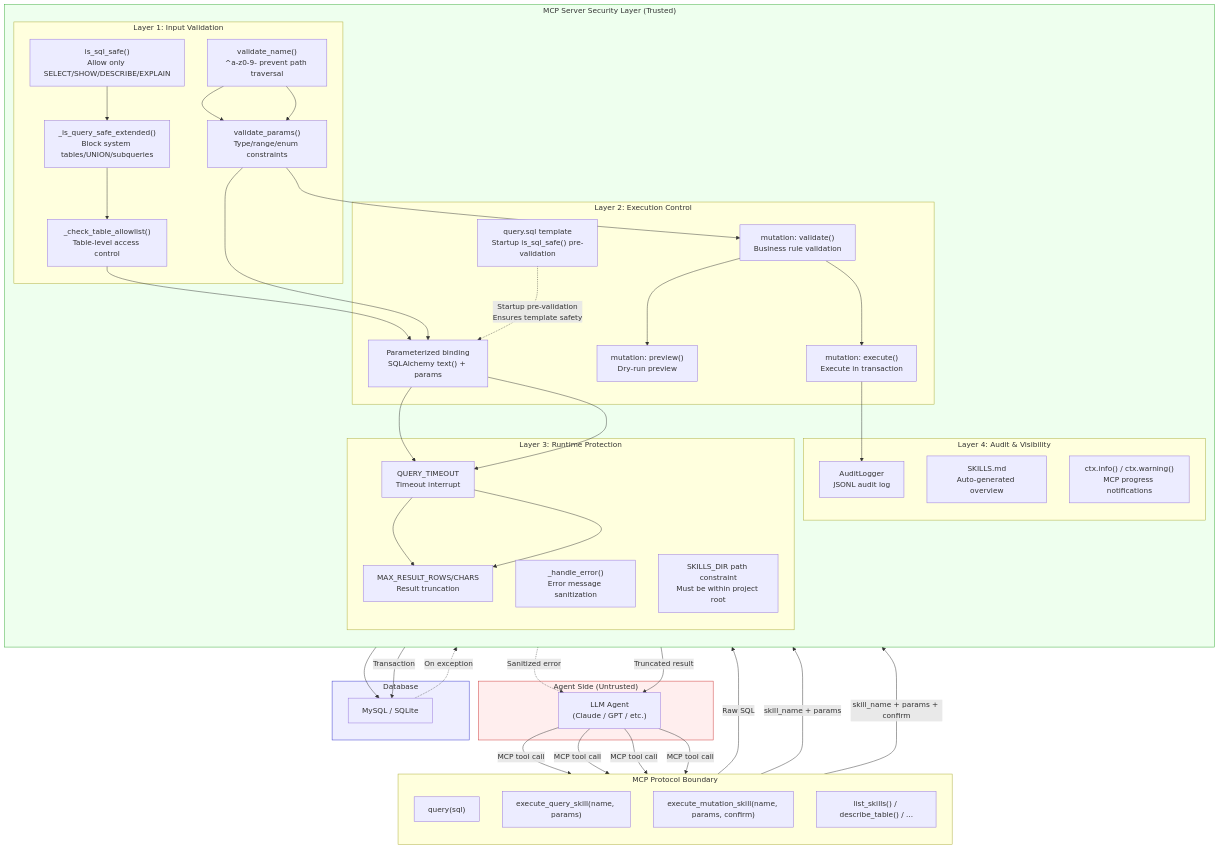
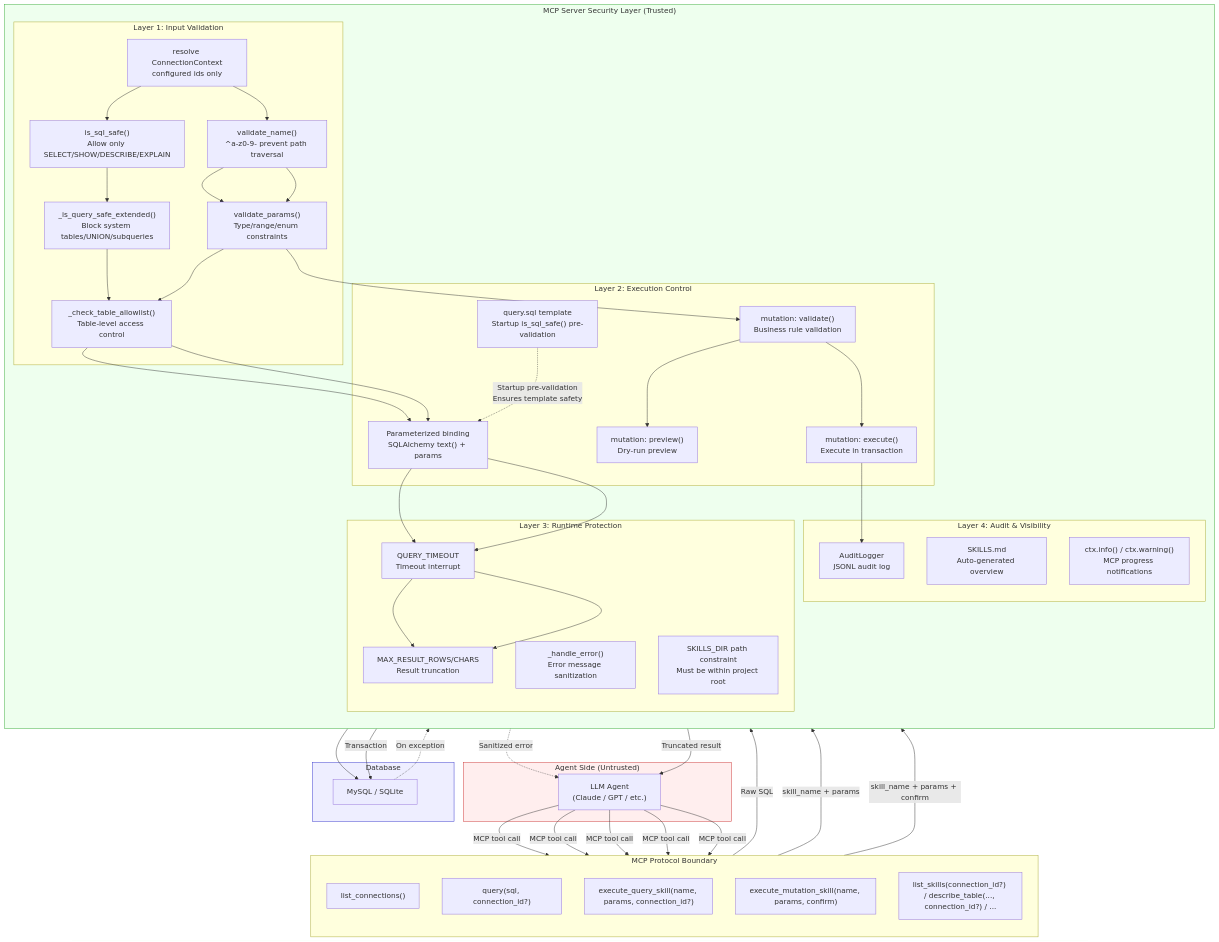
Before and after one commit to Firstmeridian/llm-sql-safety-executor-mcp: the seventh of 9 diagrams in MCP_AGENTS_SKILLS_DESIGN.md, drawn with Mermaid. The commit also changed other lines of this file and 38 other files, not shown here.

````diff
--- a/MCP_AGENTS_SKILLS_DESIGN.md
+++ b/MCP_AGENTS_SKILLS_DESIGN.md
@@ -485,70 +508,72 @@
 ```mermaid
 flowchart TB
     subgraph Agent["Agent Side (Untrusted)"]
         A1["LLM Agent<br/>(Claude / GPT / etc.)"]
     end
 
     subgraph MCP["MCP Protocol Boundary"]
         direction TB
-        T1["query(sql)"]
-        T2["execute_query_skill(name, params)"]
+      T0["list_connections()"]
+      T1["query(sql, connection_id?)"]
+      T2["execute_query_skill(name, params, connection_id?)"]
         T3["execute_mutation_skill(name, params, confirm)"]
-        T4["list_skills() / describe_table() / ..."]
+      T4["list_skills(connection_id?) / describe_table(..., connection_id?) / ..."]
     end
 
     subgraph Server["MCP Server Security Layer (Trusted)"]
         direction TB
 
         subgraph S1["Layer 1: Input Validation"]
+          V0["resolve ConnectionContext<br/>configured ids only"]
             V1["is_sql_safe()<br/>Allow only SELECT/SHOW/DESCRIBE/EXPLAIN"]
             V2["_is_query_safe_extended()<br/>Block system tables/UNION/subqueries"]
             V3["_check_table_allowlist()<br/>Table-level access control"]
             V4["validate_name()<br/>^a-z0-9- prevent path traversal"]
             V5["validate_params()<br/>Type/range/enum constraints"]
         end
 
         subgraph S2["Layer 2: Execution Control"]
             E1["query.sql template<br/>Startup is_sql_safe() pre-validation"]
             E2["Parameterized binding<br/>SQLAlchemy text() + params"]
             E3["mutation: validate()<br/>Business rule validation"]
             E4["mutation: preview()<br/>Dry-run preview"]
             E5["mutation: execute()<br/>Execute in transaction"]
         end
 
         subgraph S3["Layer 3: Runtime Protection"]
             R1["QUERY_TIMEOUT<br/>Timeout interrupt"]
             R2["MAX_RESULT_ROWS/CHARS<br/>Result truncation"]
             R3["_handle_error()<br/>Error message sanitization"]
             R4["SKILLS_DIR path constraint<br/>Must be within project root"]
         end
 
         subgraph S4["Layer 4: Audit & Visibility"]
             AU1["AuditLogger<br/>JSONL audit log"]
             AU2["SKILLS.md<br/>Auto-generated overview"]
             AU3["ctx.info() / ctx.warning()<br/>MCP progress notifications"]
         end
     end
 
     subgraph DB["Database"]
         DB1["MySQL / SQLite"]
     end
 
-    A1 -->|"MCP tool call"| T1 & T2 & T3 & T4
+    A1 -->|"MCP tool call"| T0 & T1 & T2 & T3 & T4
 
-    T1 -->|"Raw SQL"| V1 --> V2 --> V3 --> E2 --> R1 --> R2
-    T2 -->|"skill_name + params"| V4 --> V5 --> E2 --> R1 --> R2
+    T1 -->|"Raw SQL"| V0 --> V1 --> V2 --> V3 --> E2 --> R1 --> R2
+    T2 -->|"skill_name + params"| V0 --> V4 --> V5 --> V3 --> E2 --> R1 --> R2
     E1 -.->|"Startup pre-validation<br/>Ensures template safety"| E2
     T3 -->|"skill_name + params + confirm"| V4 --> V5 --> E3 --> E4 & E5
 
     E2 --> DB1
     E5 -->|"Transaction"| DB1
     E5 --> AU1
 
     DB1 -.->|"On exception"| R3 -.->|"Sanitized error"| A1
     R2 -->|"Truncated result"| A1
 
     style Agent fill:#fee,stroke:#c33
     style Server fill:#efe,stroke:#3a3
     style DB fill:#eef,stroke:#33c
     style MCP fill:#ffd,stroke:#aa3
 ```
````
